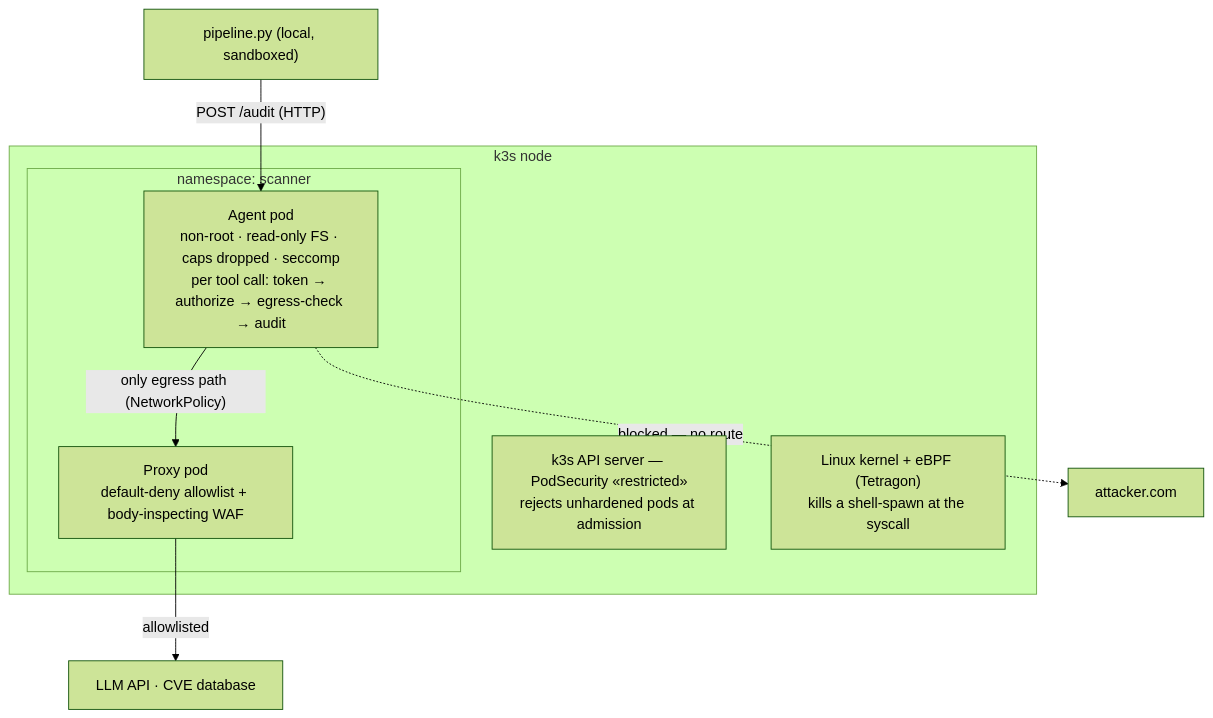
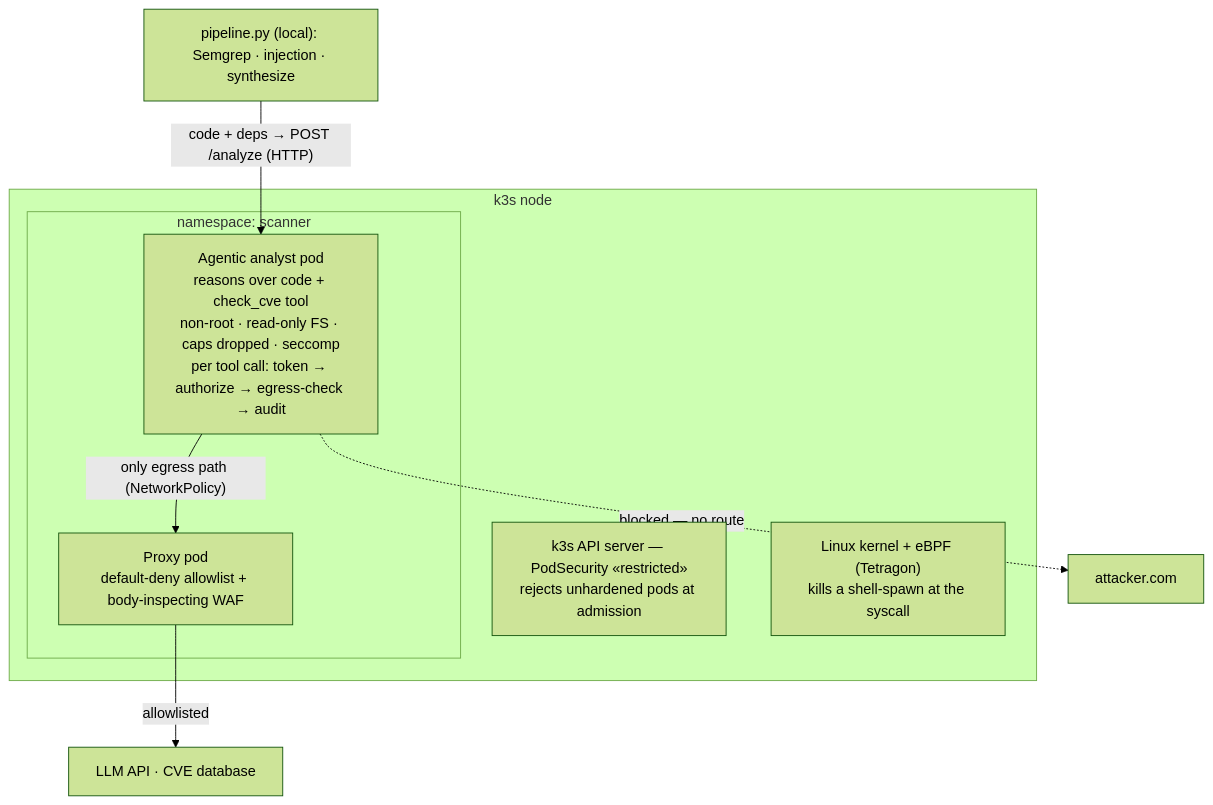
The second of 2 diagrams in README.md (kent12112/codescan), drawn with Mermaid (forest theme) before and after one commit. The commit also changed other lines of this file, not shown here.

Commit message:
Docs: reflect merged contained agentic analyst (code reasoning + tool use)

````diff
--- a/README.md
+++ b/README.md
@@ -75,15 +71,15 @@
 ```mermaid
 flowchart TB
     subgraph NODE["k3s node"]
         API["k3s API server — PodSecurity «restricted»<br/>rejects unhardened pods at admission"]
         KERNEL["Linux kernel + eBPF (Tetragon)<br/>kills a shell-spawn at the syscall"]
         subgraph NS["namespace: scanner"]
-            AGENT["Agent pod<br/>non-root · read-only FS · caps dropped · seccomp<br/>per tool call: token → authorize → egress-check → audit"]
+            AGENT["Agentic analyst pod<br/>reasons over code + check_cve tool<br/>non-root · read-only FS · caps dropped · seccomp<br/>per tool call: token → authorize → egress-check → audit"]
             PROXY["Proxy pod<br/>default-deny allowlist + body-inspecting WAF"]
         end
     end
-    PIPE["pipeline.py (local, sandboxed)"] -->|"POST /audit (HTTP)"| AGENT
+    PIPE["pipeline.py (local): Semgrep · injection · synthesize"] -->|"code + deps → POST /analyze (HTTP)"| AGENT
     AGENT -->|"only egress path (NetworkPolicy)"| PROXY
     PROXY -->|"allowlisted"| NET["LLM API · CVE database"]
     AGENT -.->|"blocked — no route"| EVIL["attacker.com"]
 ```
````
